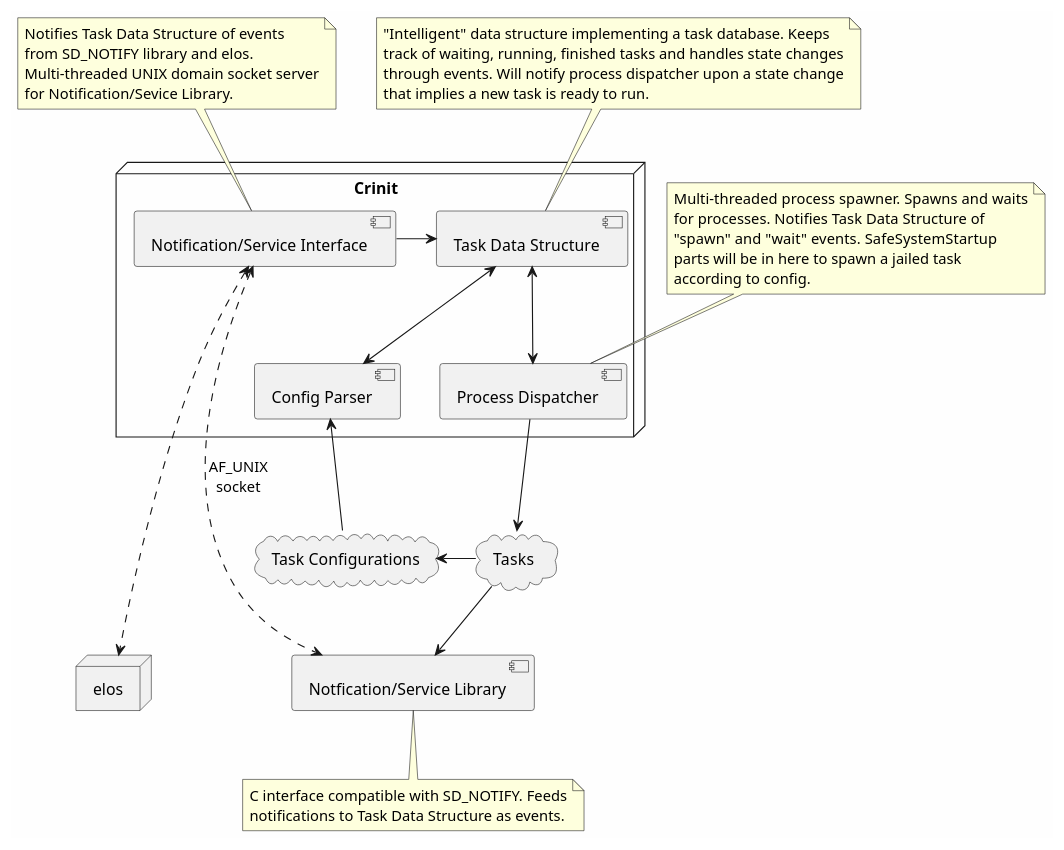
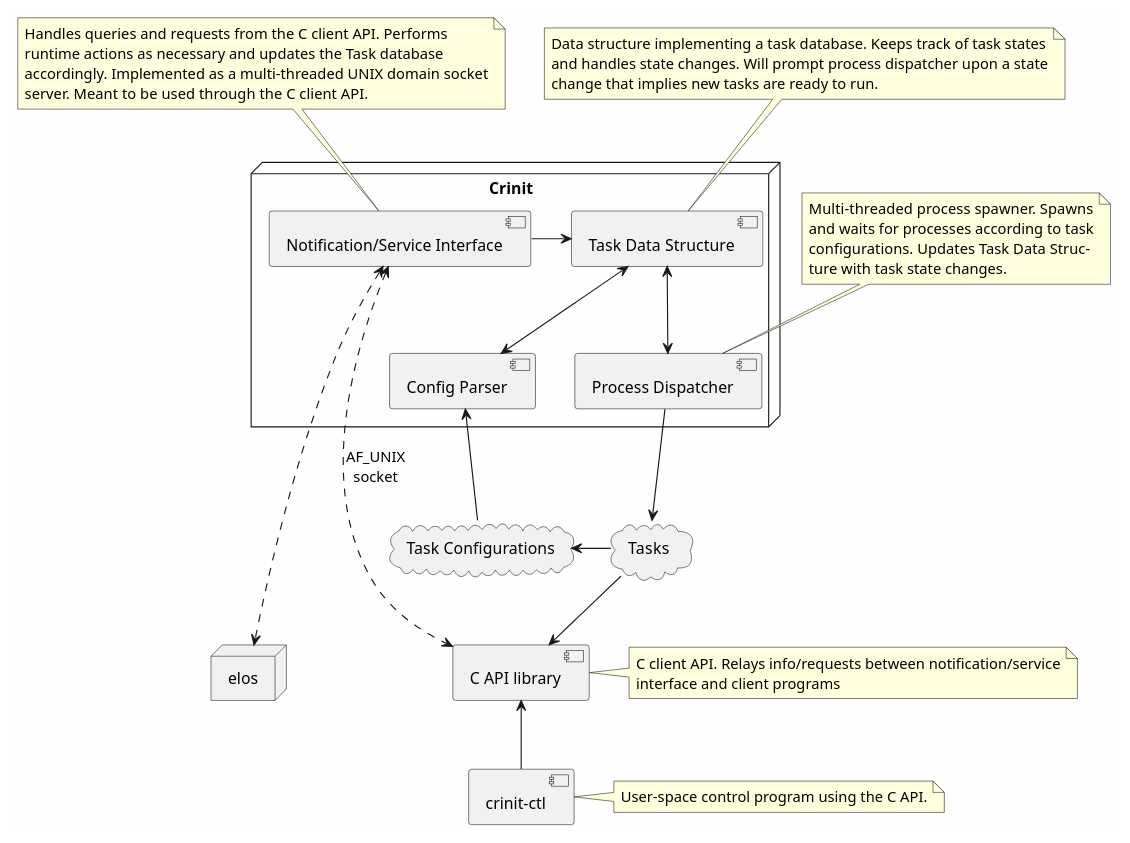
The diagram in images/rootfs_init_comp.plantuml (Elektrobit/crinit), drawn with PlantUML before and after one commit. The commit also changed 1 other file, not shown here.

Commit message:
doc: update main diagram #19545

```diff
--- a/images/rootfs_init_comp.plantuml
+++ b/images/rootfs_init_comp.plantuml
@@ -1,51 +1,54 @@
 @startuml
 skinparam backgroundColor #FEFEFE
 node "Crinit" {
 	component "Task Data Structure" as task_data
 	component "Notification/Service Interface" as notify_if
 	component "Process Dispatcher" as proc_dispatch
 	component "Config Parser" as config_parser
 }
 cloud "Tasks" as tasks
-component "Notfication/Service Library" as notify_lib
+component "C API library" as notify_lib
+component "crinit-ctl" as cctl
 cloud "Task Configurations" as task_configs
 node "elos" as elos
 
 notify_if <-down..-> notify_lib : AF_UNIX\nsocket
 notify_if <-..-> elos
 task_configs -up-> config_parser
 proc_dispatch -right-> tasks
 tasks -right-> notify_lib
 tasks -left-> task_configs
 proc_dispatch <-up-> task_data
 notify_if -left-> task_data
 config_parser <-up-> task_data
+notify_lib <-- cctl
 
 note top of notify_if
-    Notifies Task Data Structure of events
-    from SD_NOTIFY library and elos.
-    Multi-threaded UNIX domain socket server
-    for Notification/Sevice Library.
+    Handles queries and requests from the C client API. Performs
+    runtime actions as necessary and updates the Task database
+    accordingly. Implemented as a multi-threaded UNIX domain socket
+    server. Meant to be used through the C client API.
 end note
 
 note top of task_data
-    "Intelligent" data structure implementing a task database. Keeps
-    track of waiting, running, finished tasks and handles state changes
-    through events. Will notify process dispatcher upon a state change
-    that implies a new task is ready to run.
+    Data structure implementing a task database. Keeps track of task states
+    and handles state changes. Will prompt process dispatcher upon a state
+    change that implies new tasks are ready to run.
 end note
 
-note bottom of notify_lib
-    C interface compatible with SD_NOTIFY. Feeds
-    notifications to Task Data Structure as events.
+note right of notify_lib
+    C client API. Relays info/requests between notification/service
+    interface and client programs
 end note
 
 note top of proc_dispatch
-    Multi-threaded process spawner. Spawns and waits
-    for processes. Notifies Task Data Structure of
-    "spawn" and "wait" events.  SafeSystemStartup
-    parts will be in here to spawn a jailed task
-    according to config.
+    Multi-threaded process spawner. Spawns
+    and waits for processes according to task
+    configurations. Updates Task Data Struc-
+    ture with task state changes.
 end note
 
+note right of cctl
+    User-space control program using the C API.
+end note
 @enduml
```
